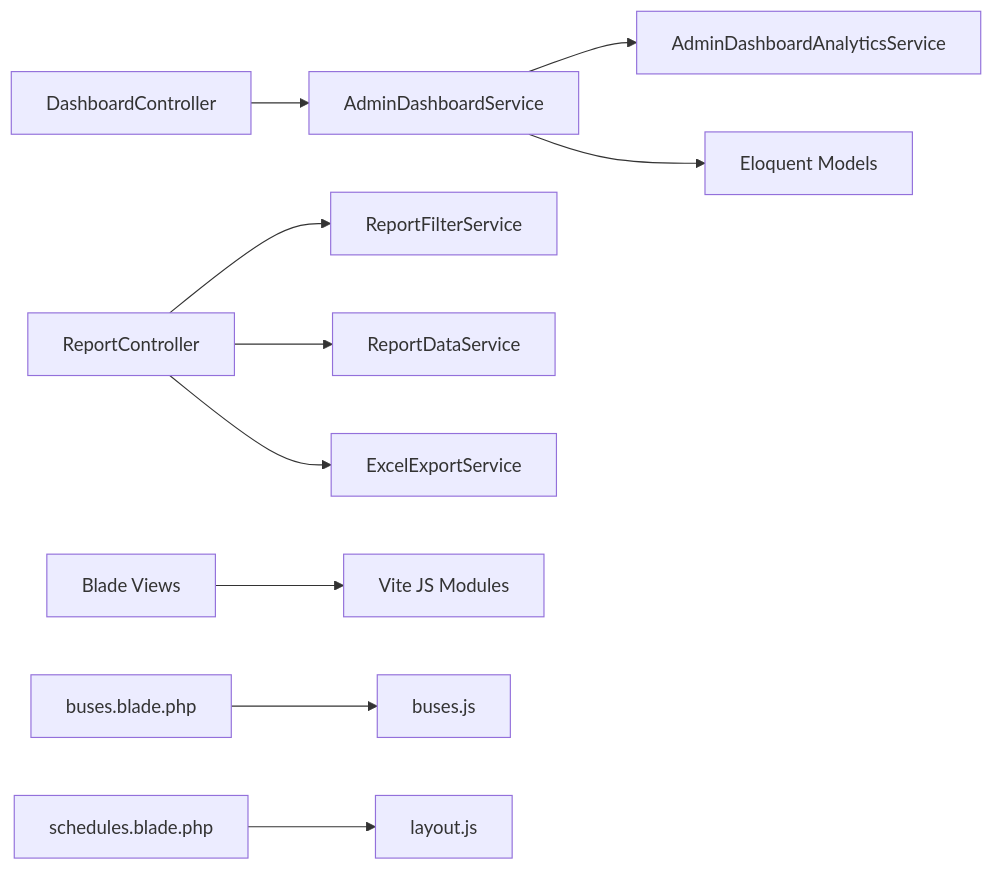
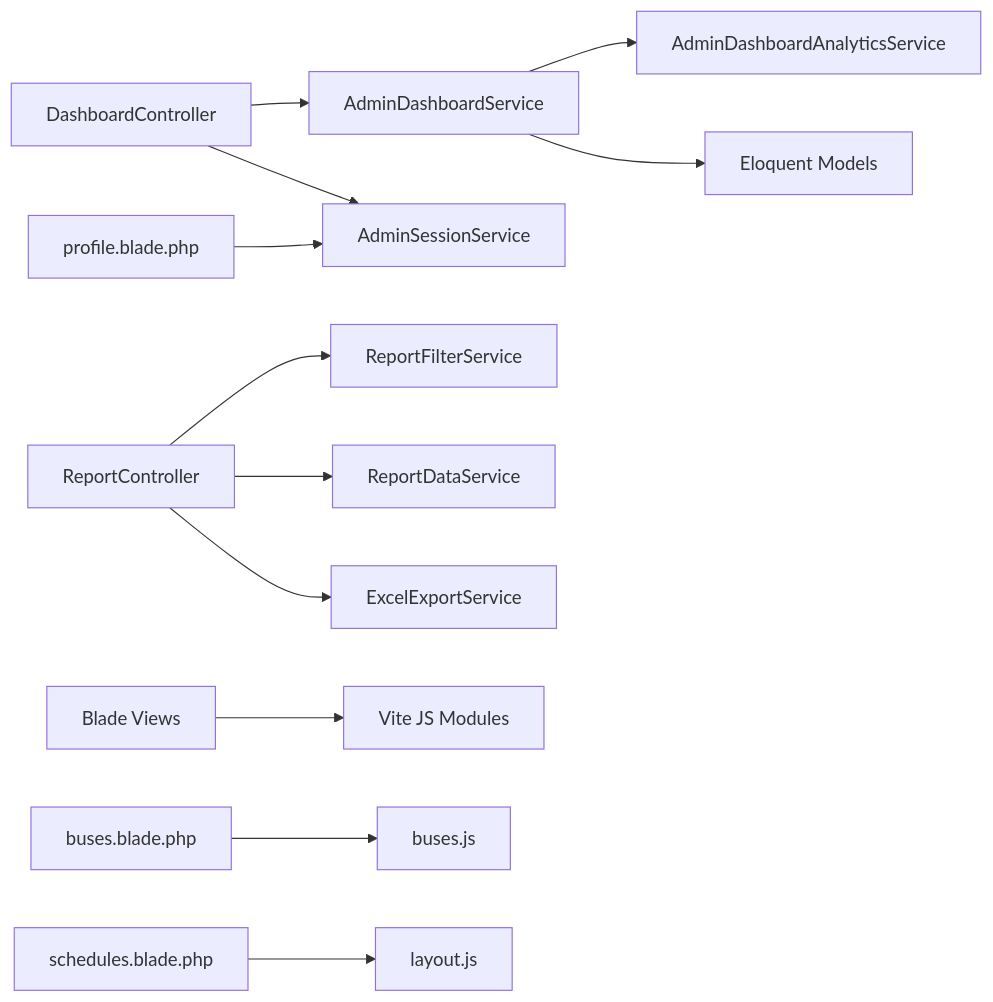
One commit to mahbub095/bus-app changed diagram 13 of 13 in .qoder/repowiki/en/content/Administrative Dashboard/Administrative Dashboard.md. Above: the diagram before and after it, drawn with Mermaid. The commit also changed other lines of this file and 130 other files, not shown here.

````diff
--- a/.qoder/repowiki/en/content/Administrative Dashboard/Administrative Dashboard.md
+++ b/.qoder/repowiki/en/content/Administrative Dashboard/Administrative Dashboard.md
@@ -378,12 +459,14 @@
 ```mermaid
 graph LR
 DashboardController --> AdminDashboardService
+DashboardController --> AdminSessionService
 AdminDashboardService --> AdminDashboardAnalyticsService
 AdminDashboardService --> Models["Eloquent Models"]
 ReportController --> ReportFilterService
 ReportController --> ReportDataService
 ReportController --> ExcelExportService
 Views["Blade Views"] --> JSModules["Vite JS Modules"]
 BusesView["buses.blade.php"] --> BusesJS["buses.js"]
 SchedulesView["schedules.blade.php"] --> LayoutJS["layout.js"]
+ProfileView["profile.blade.php"] --> AdminSessionService
 ```
````
